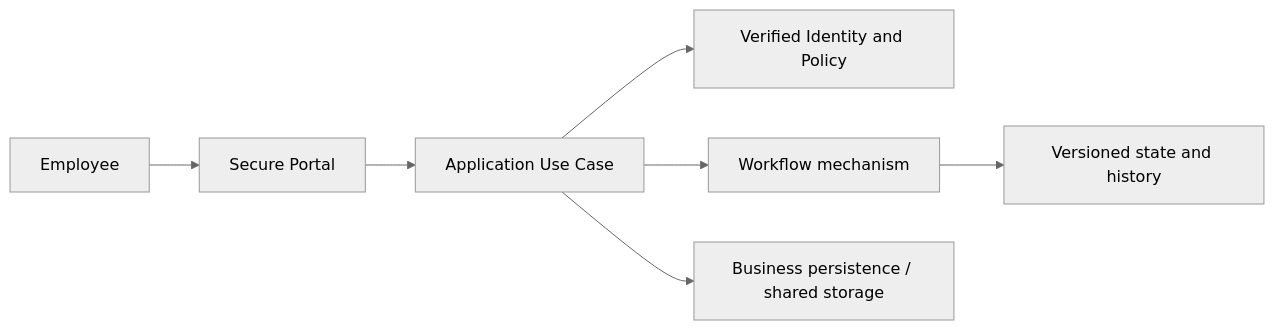
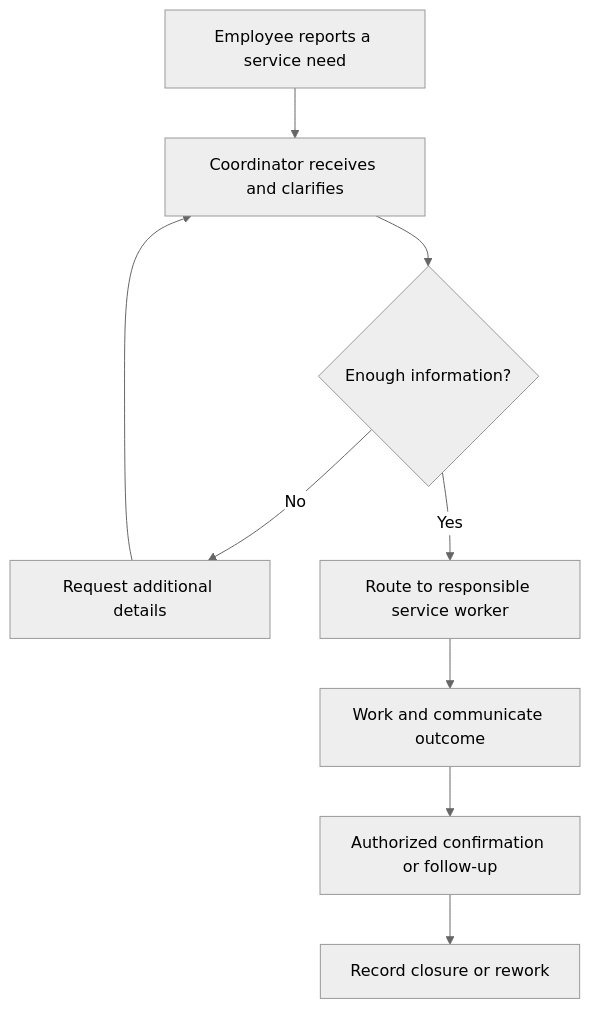
One commit to lexuanbao258-collab/dxos-open-core changed the diagram in docs/00-project/problem-statement.md. Above: the diagram before and after it, drawn with Mermaid (neutral theme). The commit also changed other lines of this file and 11 other files, not shown here.

````diff
--- a/docs/00-project/problem-statement.md
+++ b/docs/00-project/problem-statement.md
@@ -51,9 +40,11 @@
 ```mermaid
-flowchart LR
-    E[Employee] --> P[Secure Portal]
-    P --> A[Application Use Case]
-    A --> I[Verified Identity and Policy]
-    A --> W[Workflow mechanism]
-    A --> D[Business persistence / shared storage]
-    W --> H[Versioned state and history]
+flowchart TD
+    A[Employee reports a service need] --> B[Coordinator receives and clarifies]
+    B --> C{Enough information?}
+    C -- No --> D[Request additional details]
+    D --> B
+    C -- Yes --> E[Route to responsible service worker]
+    E --> F[Work and communicate outcome]
+    F --> G[Authorized confirmation or follow-up]
+    G --> H[Record closure or rework]
 ```
````
